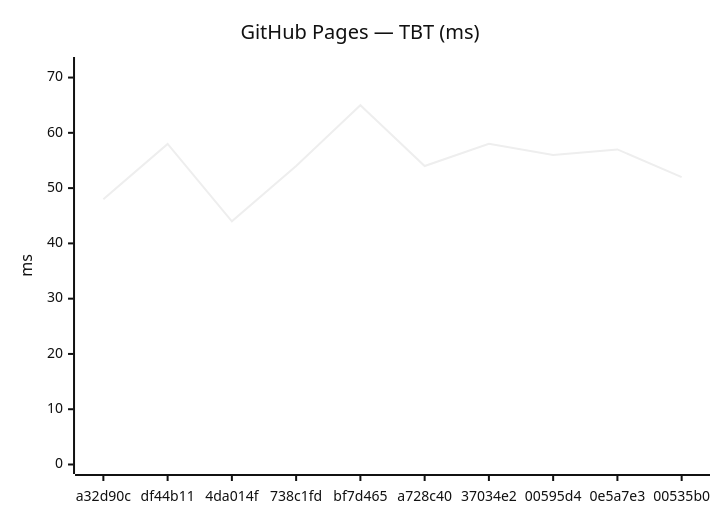
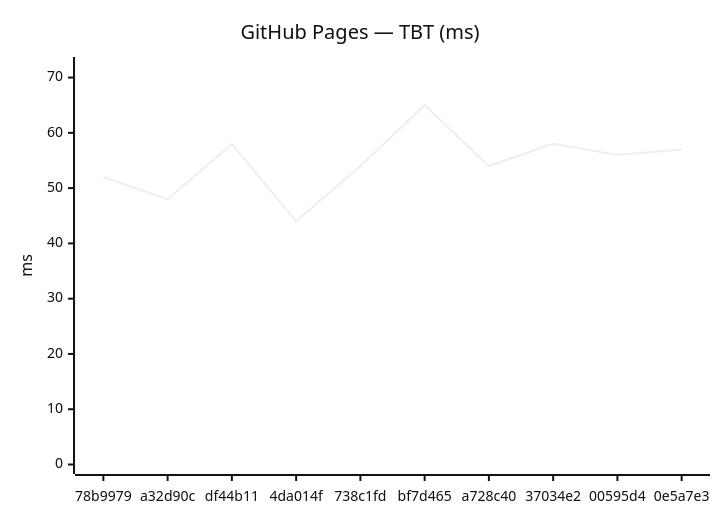
The fourth of 24 diagrams in benchmarks/compare.md (Metaheurist/Rianell), drawn with Mermaid (neutral theme) before and after one commit. The commit also changed other lines of this file and 12 other files, not shown here.

````diff
--- a/benchmarks/compare.md
+++ b/benchmarks/compare.md
@@ -61,7 +61,7 @@
 ```mermaid
 xychart-beta
     title "GitHub Pages — TBT (ms)"
-    x-axis ["a32d90c", "df44b11", "4da014f", "738c1fd", "bf7d465", "a728c40", "37034e2", "00595d4", "0e5a7e3", "00535b0"]
+    x-axis ["78b9979", "a32d90c", "df44b11", "4da014f", "738c1fd", "bf7d465", "a728c40", "37034e2", "00595d4", "0e5a7e3"]
     y-axis "ms" 0 --> 72
-    line [48, 58, 44, 54, 65, 54, 58, 56, 57, 52]
+    line [52, 48, 58, 44, 54, 65, 54, 58, 56, 57]
 ```
````
